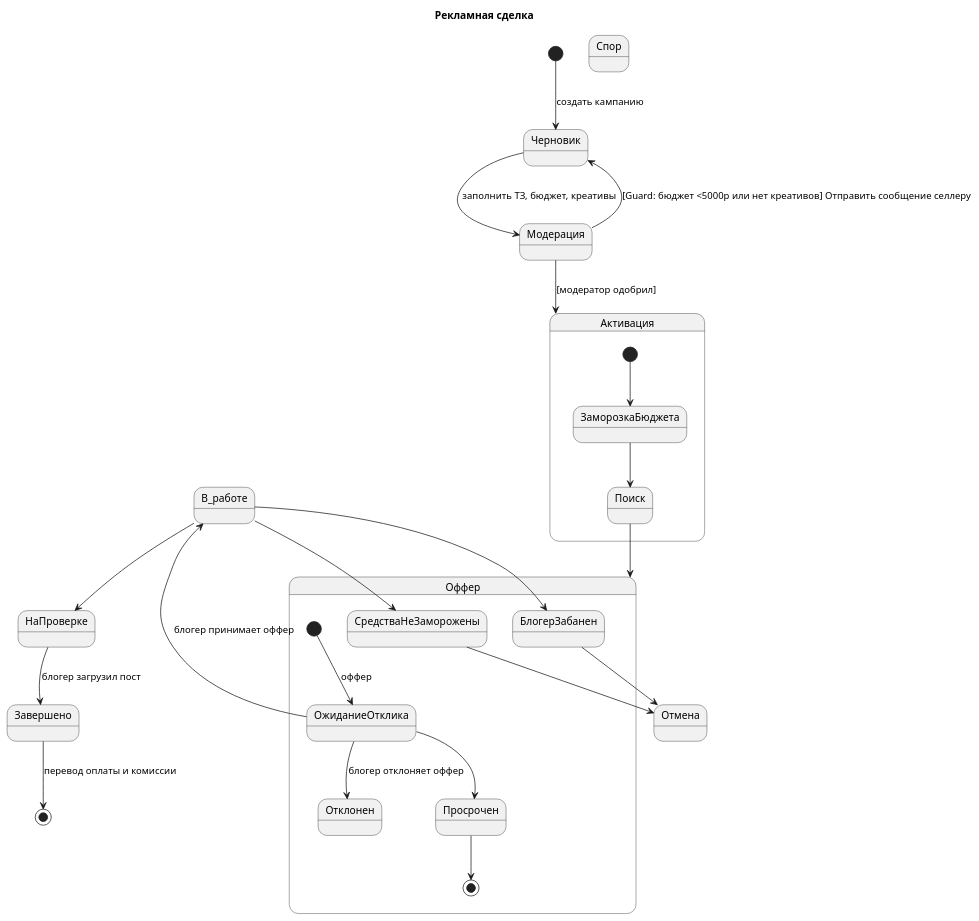
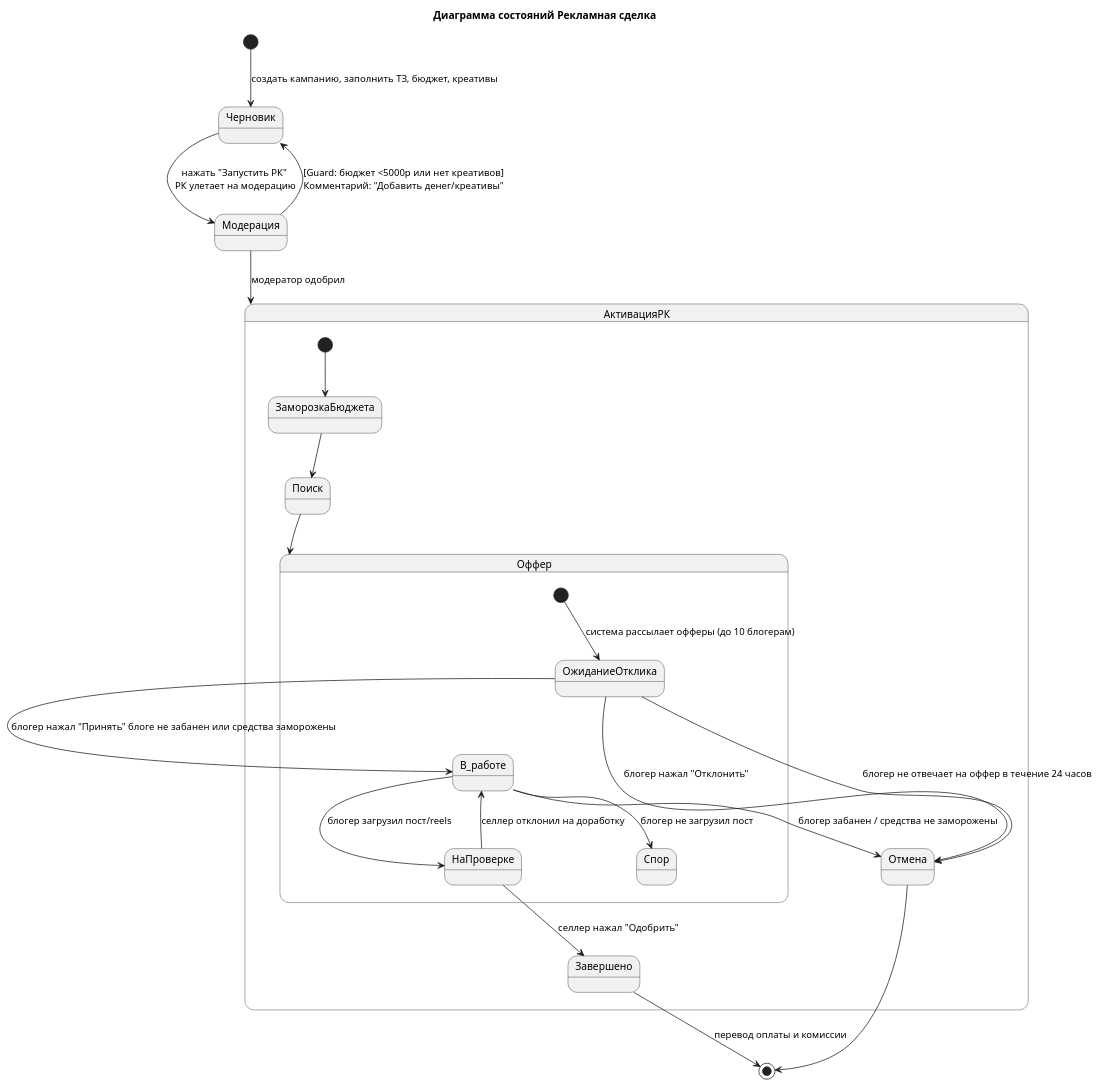
The diagram in diagrams/uml.puml (NadezdaHope19/practice), drawn with PlantUML before and after one commit.

```diff
--- a/diagrams/uml.puml
+++ b/diagrams/uml.puml
@@ -1,40 +1,43 @@
 @startuml
-title Рекламная сделка
+title Диаграмма состояний Рекламная сделка
+
 state Черновик
 state Модерация
-state Активация
-state Оффер
-state В_работе
-state НаПроверке
-state Спор
-state Завершено
-state Отмена
-[*] --> Черновик : создать кампанию
-Черновик --> Модерация : заполнить ТЗ, бюджет, креативы
-Модерация --> Черновик : [Guard: бюджет <5000р или нет креативов] Отправить сообщение селлеру
-Модерация --> Активация : [модератор одобрил]
-state Активация {
+state АктивацияРК
+
+
+[*] --> Черновик : создать кампанию, заполнить ТЗ, бюджет, креативы
+Черновик --> Модерация : нажать "Запустить РК"\n РК улетает на модерацию
+Модерация --> Черновик : [Guard: бюджет <5000р или нет креативов]\nКомментарий: "Добавить денег/креативы"
+Модерация --> АктивацияРК : модератор одобрил
+
+state АктивацияРК {
   state Поиск
   state ЗаморозкаБюджета
+  state Оффер
+  state Завершено
+  state Отмена
   [*] --> ЗаморозкаБюджета
   ЗаморозкаБюджета --> Поиск
   Поиск --> Оффер
+
+  state Оффер {
+    state ОжиданиеОтклика
+    state В_работе
+    state НаПроверке
+    state Спор
+    [*] -->  ОжиданиеОтклика : система рассылает офферы (до 10 блогерам)
+    ОжиданиеОтклика --> В_работе : блогер нажал "Принять" блоге не забанен или средства заморожены
+    ОжиданиеОтклика --> Отмена : блогер нажал "Отклонить"
+    ОжиданиеОтклика --> Отмена : блогер не отвечает на оффер в течение 24 часов
+    В_работе --> Отмена : блогер забанен / средства не заморожены
+    В_работе --> НаПроверке : блогер загрузил пост/reels
+    НаПроверке --> В_работе : селлер отклонил на доработку
+    НаПроверке --> Завершено : селлер нажал "Одобрить"
+    В_работе --> Спор : блогер не загрузил пост
+    
 }
-state Оффер {
-  state ОжиданиеОтклика
-  [*] -->  ОжиданиеОтклика : оффер
-  ОжиданиеОтклика --> В_работе : блогер принимает оффер
-  ОжиданиеОтклика --> Отклонен : блогер отклоняет оффер
-  ОжиданиеОтклика --> Просрочен
-  Просрочен --> [*]
-  В_работе --> БлогерЗабанен
-  БлогерЗабанен --> Отмена
-  В_работе --> СредстваНеЗаморожены
-  СредстваНеЗаморожены --> Отмена
-  В_работе --> НаПроверке
-  НаПроверке --> Завершено : блогер загрузил пост
-  
-
 }
 Завершено --> [*]  : перевод оплаты и комиссии
+Отмена --> [*]
 @enduml
```
